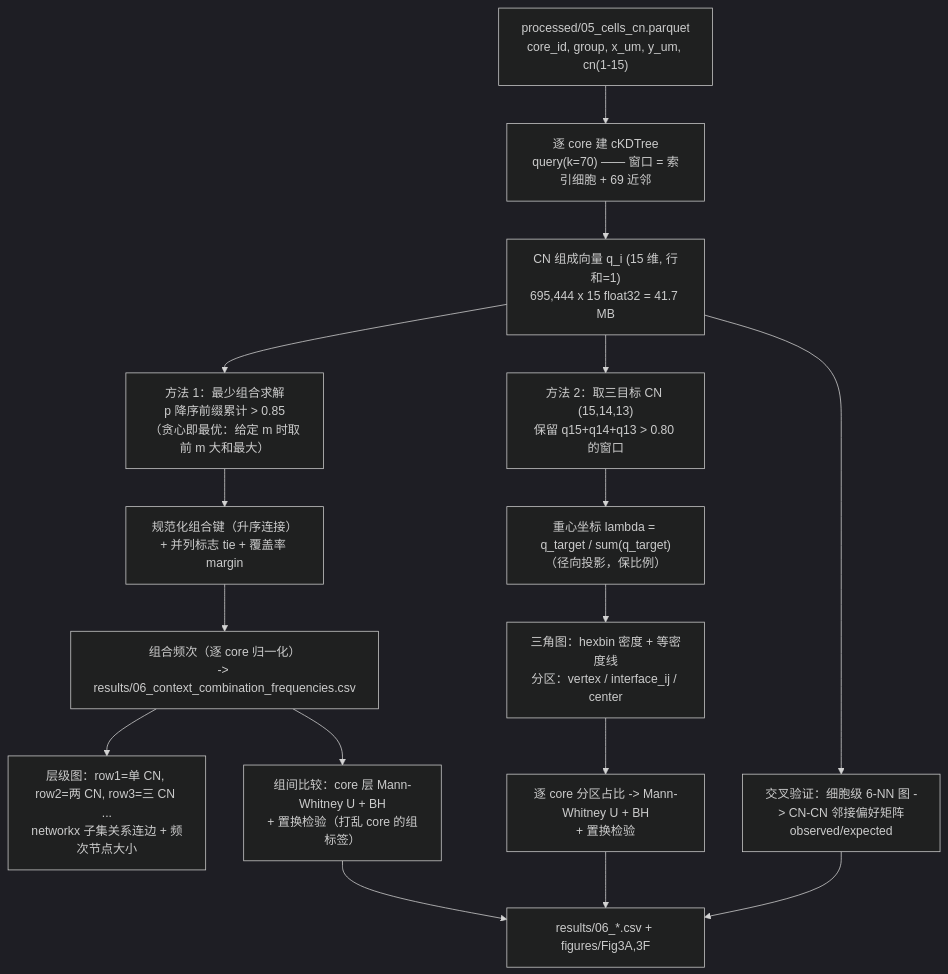
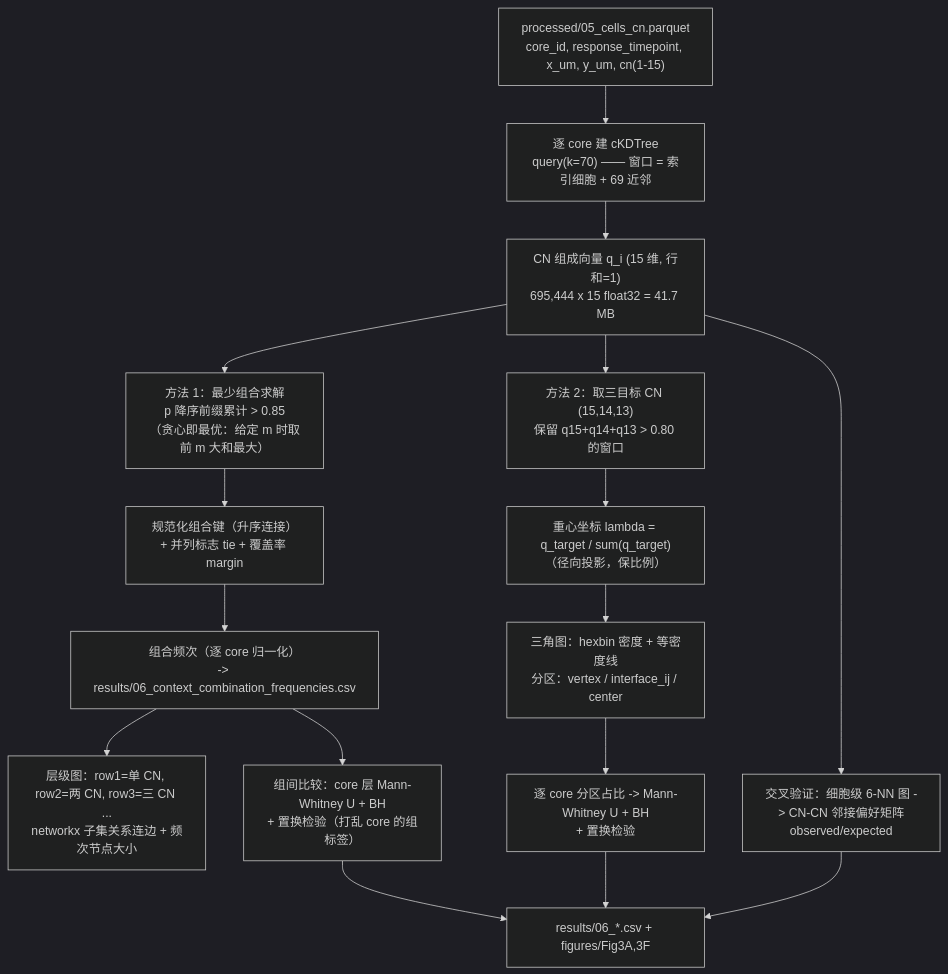
One commit to nashera/paper_read changed the diagram in 20261016_mucosal_melanoma_spatial_multiomics_ICI/06_空间上下文图与邻域界面分析.md. Above: the diagram before and after it, drawn with Mermaid (dark theme). The commit also changed other lines of this file and 30 other files, not shown here.

````diff
--- a/20261016_mucosal_melanoma_spatial_multiomics_ICI/06_空间上下文图与邻域界面分析.md
+++ b/20261016_mucosal_melanoma_spatial_multiomics_ICI/06_空间上下文图与邻域界面分析.md
@@ -55,19 +57,19 @@
 ```mermaid
 flowchart TB
-    IN["processed/05_cells_cn.parquet<br/>core_id, group, x_um, y_um, cn(1-15)"] --> W0
+    IN["processed/05_cells_cn.parquet<br/>core_id, response_timepoint, x_um, y_um, cn(1-15)"] --> W0
     W0["逐 core 建 cKDTree<br/>query(k=70) —— 窗口 = 索引细胞 + 69 近邻"] --> W1
     W1["CN 组成向量 q_i (15 维, 行和=1)<br/>695,444 x 15 float32 = 41.7 MB"]
     W1 --> M1["方法 1：最少组合求解<br/>p 降序前缀累计 > 0.85<br/>（贪心即最优：给定 m 时取前 m 大和最大）"]
     M1 --> M2["规范化组合键（升序连接）<br/>+ 并列标志 tie + 覆盖率 margin"]
     M2 --> M3["组合频次（逐 core 归一化）<br/>-> results/06_context_combination_frequencies.csv"]
     M3 --> M4["层级图：row1=单 CN, row2=两 CN, row3=三 CN ...<br/>networkx 子集关系连边 + 频次节点大小"]
     M3 --> M5["组间比较：core 层 Mann-Whitney U + BH<br/>+ 置换检验（打乱 core 的组标签）"]
     W1 --> B1["方法 2：取三目标 CN (15,14,13)<br/>保留 q15+q14+q13 > 0.80 的窗口"]
     B1 --> B2["重心坐标 lambda = q_target / sum(q_target)<br/>（径向投影，保比例）"]
     B2 --> B3["三角图：hexbin 密度 + 等密度线<br/>分区：vertex / interface_ij / center"]
     B3 --> B4["逐 core 分区占比 -> Mann-Whitney U + BH<br/>+ 置换检验"]
     W1 --> A1["交叉验证：细胞级 6-NN 图 -> CN-CN 邻接偏好矩阵<br/>observed/expected"]
     M5 --> OUT["results/06_*.csv + figures/Fig3A,3F"]
     B4 --> OUT
     A1 --> OUT
 ```
````
